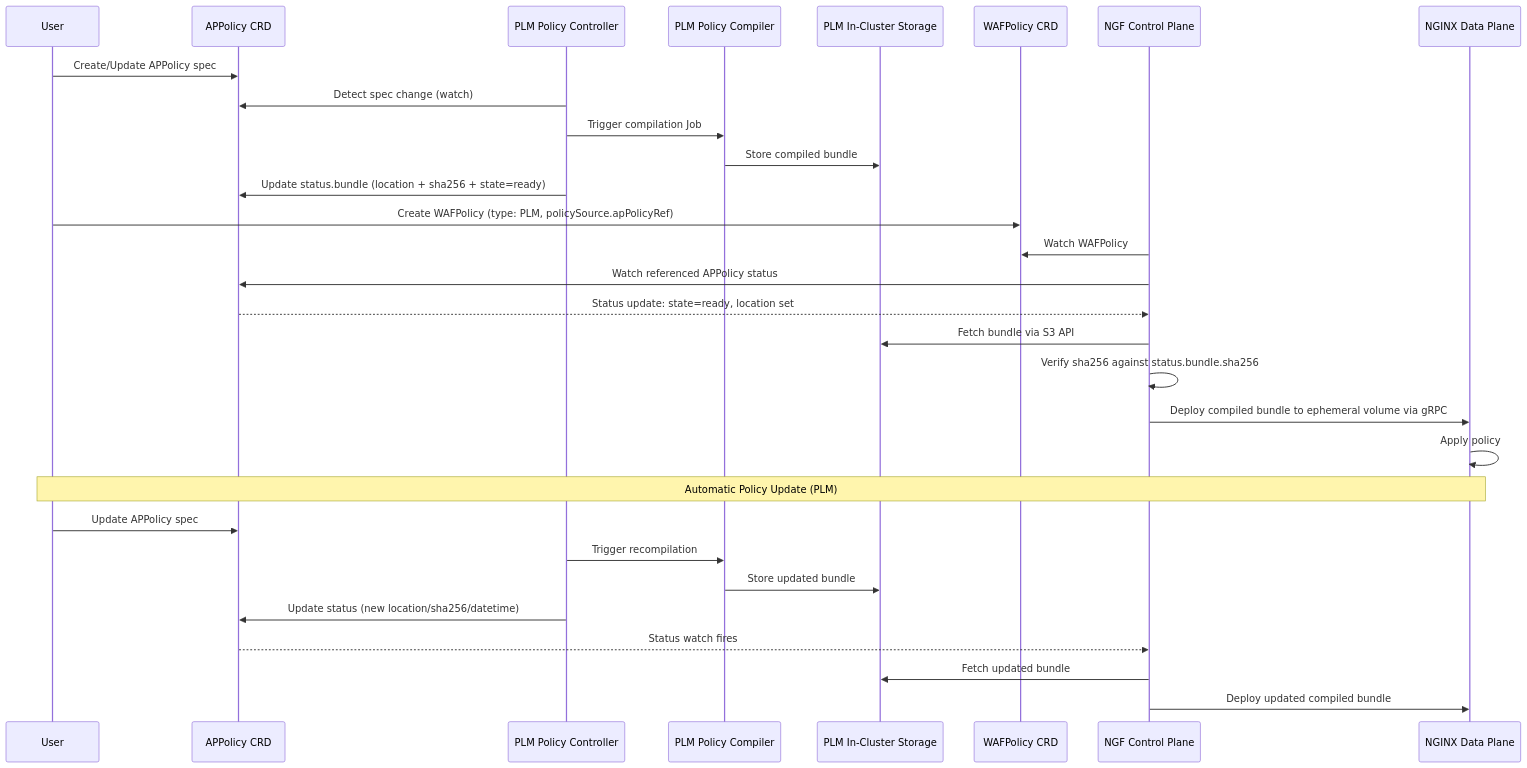
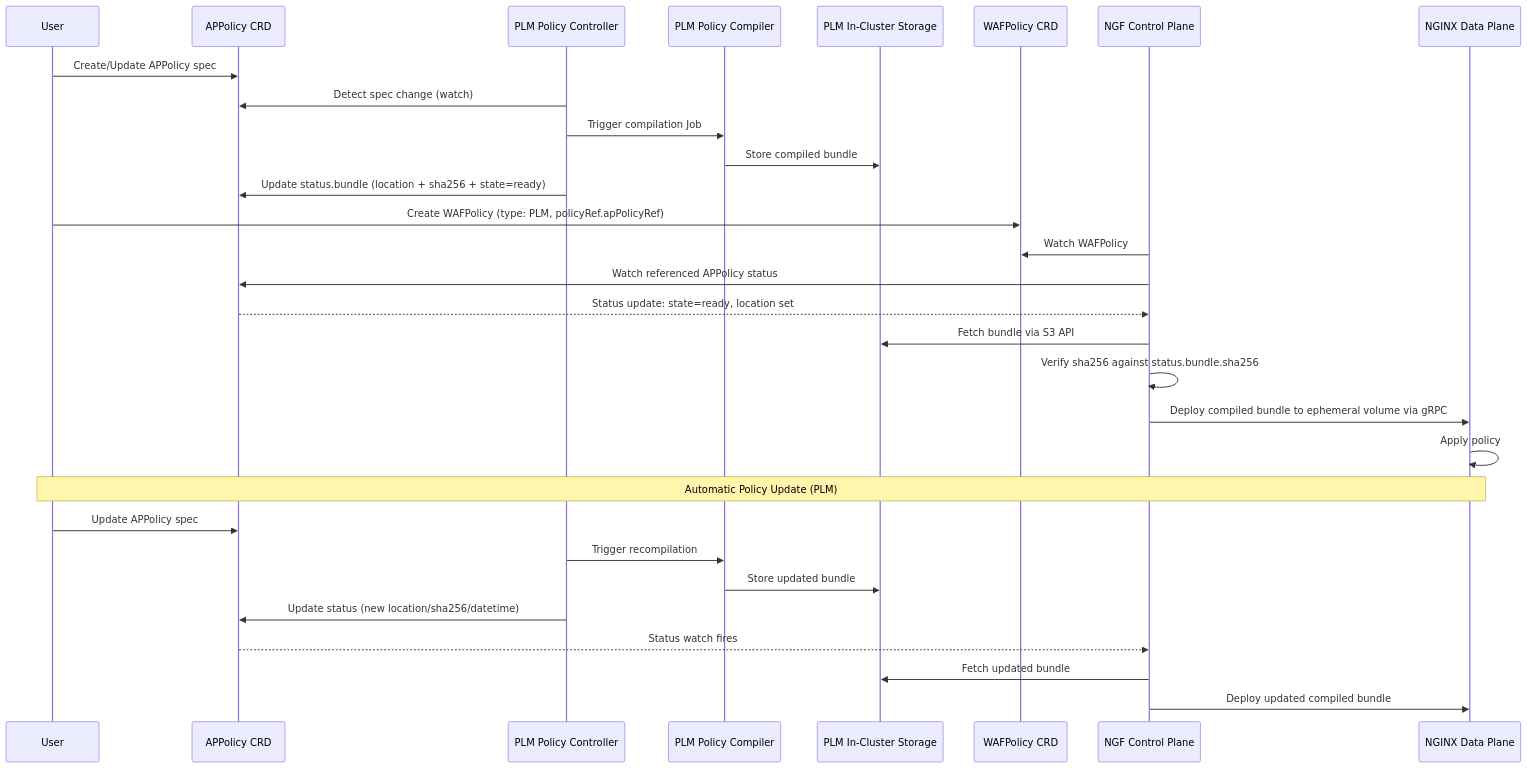
The fourth of 4 diagrams in docs/proposals/nap-waf.md (nginx/nginx-gateway-fabric), drawn with Mermaid before and after one commit. The commit also changed other lines of this file and 6 other files, not shown here.

Commit message:
Add policy ref and log ref as separate fields

````diff
--- a/docs/proposals/nap-waf.md
+++ b/docs/proposals/nap-waf.md
@@ -446,35 +449,35 @@
 ```mermaid
 sequenceDiagram
     participant User
     participant APPolicy as APPolicy CRD
     participant PLMController as PLM Policy Controller
     participant PLMCompiler as PLM Policy Compiler
     participant PLMStorage as PLM In-Cluster Storage
     participant WAFPolicy as WAFPolicy CRD
     participant NGF as NGF Control Plane
     participant DataPlane as NGINX Data Plane
 
     User->>APPolicy: Create/Update APPolicy spec
     PLMController->>APPolicy: Detect spec change (watch)
     PLMController->>PLMCompiler: Trigger compilation Job
     PLMCompiler->>PLMStorage: Store compiled bundle
     PLMController->>APPolicy: Update status.bundle (location + sha256 + state=ready)
 
-    User->>WAFPolicy: Create WAFPolicy (type: PLM, policySource.apPolicyRef)
+    User->>WAFPolicy: Create WAFPolicy (type: PLM, policyRef.apPolicyRef)
     NGF->>WAFPolicy: Watch WAFPolicy
     NGF->>APPolicy: Watch referenced APPolicy status
     APPolicy-->>NGF: Status update: state=ready, location set
     NGF->>PLMStorage: Fetch bundle via S3 API
     NGF->>NGF: Verify sha256 against status.bundle.sha256
     NGF->>DataPlane: Deploy compiled bundle to ephemeral volume via gRPC
     DataPlane->>DataPlane: Apply policy
 
     Note over User,DataPlane: Automatic Policy Update (PLM)
     User->>APPolicy: Update APPolicy spec
     PLMController->>PLMCompiler: Trigger recompilation
     PLMCompiler->>PLMStorage: Store updated bundle
     PLMController->>APPolicy: Update status (new location/sha256/datetime)
     APPolicy-->>NGF: Status watch fires
     NGF->>PLMStorage: Fetch updated bundle
     NGF->>DataPlane: Deploy updated compiled bundle
 ```
````
